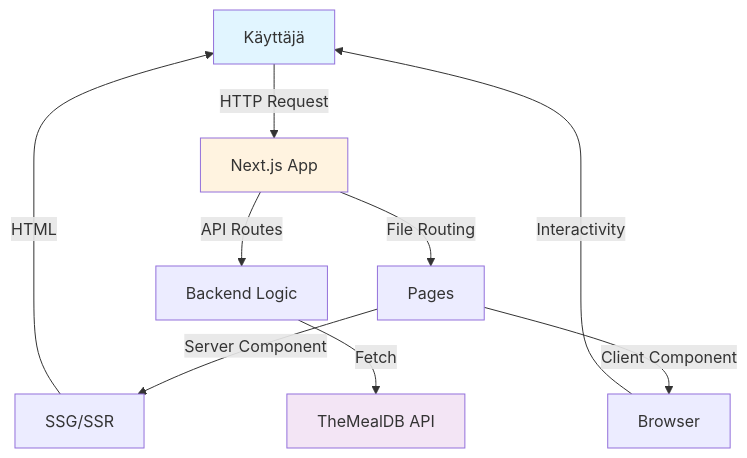
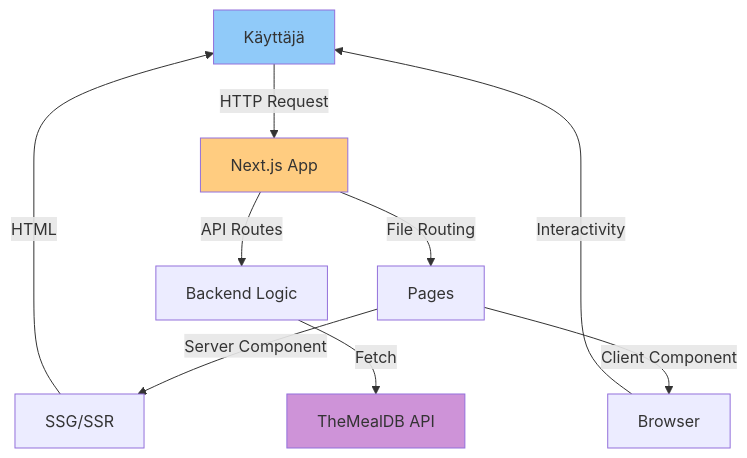
Before and after one commit to MusaMamas/recipe-analyzer: the first of 2 diagrams in README.md, drawn with Mermaid.

Commit message:
mermarid color fix

````diff
--- a/README.md
+++ b/README.md
@@ -378,15 +378,15 @@
 ```mermaid
 graph TB
     A[Käyttäjä] -->|HTTP Request| B[Next.js App]
     B -->|File Routing| C[Pages]
     B -->|API Routes| D[Backend Logic]
     C -->|Server Component| E[SSG/SSR]
     C -->|Client Component| F[Browser]
     D -->|Fetch| G[TheMealDB API]
     E -->|HTML| A
     F -->|Interactivity| A
     
-    style A fill:#e1f5ff
-    style B fill:#fff3e0
-    style G fill:#f3e5f5
+    style A fill:#90caf9
+    style B fill:#ffcc80
+    style G fill:#ce93d8
 ```
````
